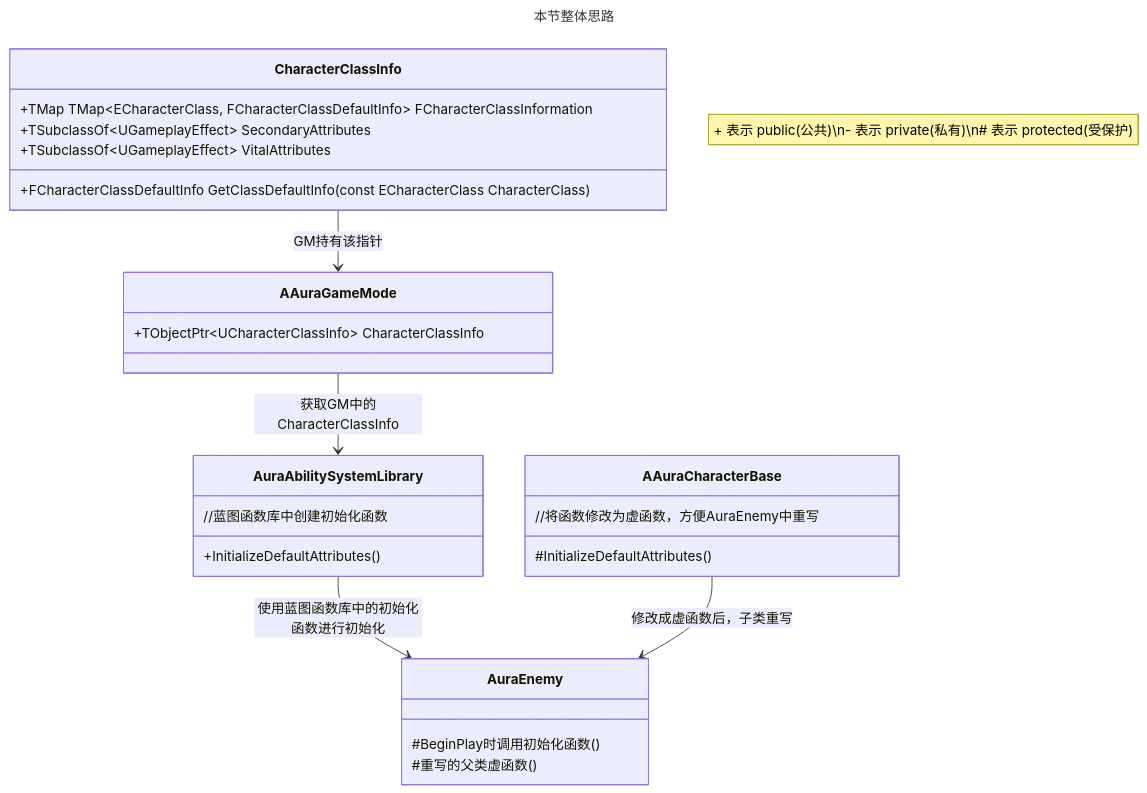
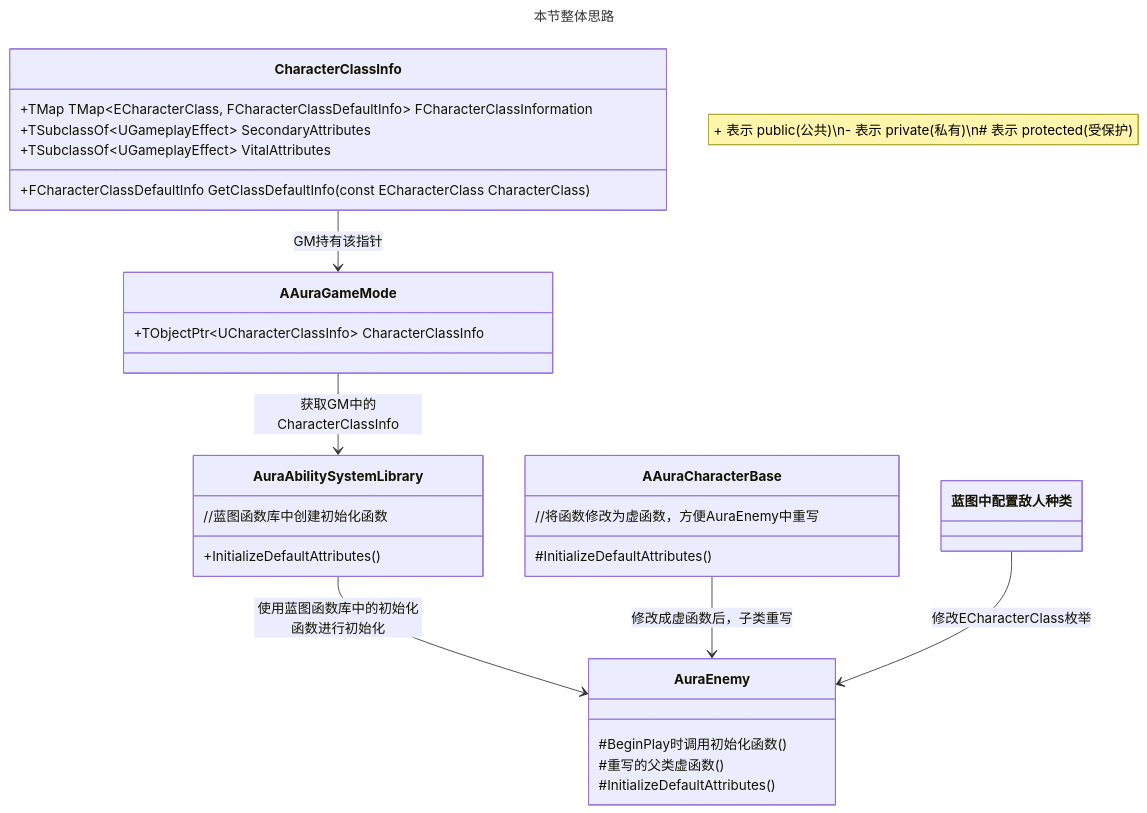
One commit to liyunlong618/LiYunLongKnowledgeLibrary changed the first of 2 diagrams in UECPP/Models/GAS/GAS_2_Aura/DetailContent/GAS_052.md. Above: the diagram before and after it, drawn with Mermaid.

Commit message:
更新 GAS_052.md

````diff
--- a/UECPP/Models/GAS/GAS_2_Aura/DetailContent/GAS_052.md
+++ b/UECPP/Models/GAS/GAS_2_Aura/DetailContent/GAS_052.md
@@ -56,36 +56,38 @@
 ```mermaid
 ---
 title: 本节整体思路
 ---
 classDiagram
 		note"+ 表示 public(公共)\n- 表示 private(私有)\n# 表示 protected(受保护)"
 				
     class CharacterClassInfo{
         +TMap TMap&lt;ECharacterClass, FCharacterClassDefaultInfo&gt; FCharacterClassInformation
         +TSubclassOf&lt;UGameplayEffect&gt; SecondaryAttributes
         +TSubclassOf&lt;UGameplayEffect&gt; VitalAttributes
         +FCharacterClassDefaultInfo GetClassDefaultInfo(const ECharacterClass CharacterClass)
         }   
     class AAuraGameMode{
     	+TObjectPtr&lt;UCharacterClassInfo&gt; CharacterClassInfo
         }
     class AuraAbilitySystemLibrary{
     	//蓝图函数库中创建初始化函数
         +InitializeDefaultAttributes()
         }
     class AuraEnemy{
     	#BeginPlay时调用初始化函数()
     	#重写的父类虚函数()
+    	#InitializeDefaultAttributes()
         }
     class AAuraCharacterBase{
     	//将函数修改为虚函数，方便AuraEnemy中重写
     	#InitializeDefaultAttributes()
         }
         
 	CharacterClassInfo-->AAuraGameMode:GM持有该指针
 	AAuraGameMode --> AuraAbilitySystemLibrary:获取GM中的CharacterClassInfo
 	AuraAbilitySystemLibrary --> AuraEnemy:使用蓝图函数库中的初始化函数进行初始化
 	AAuraCharacterBase --> AuraEnemy:修改成虚函数后，子类重写
+	蓝图中配置敌人种类 --> AuraEnemy:修改ECharacterClass枚举
 	
    
 ```
````
